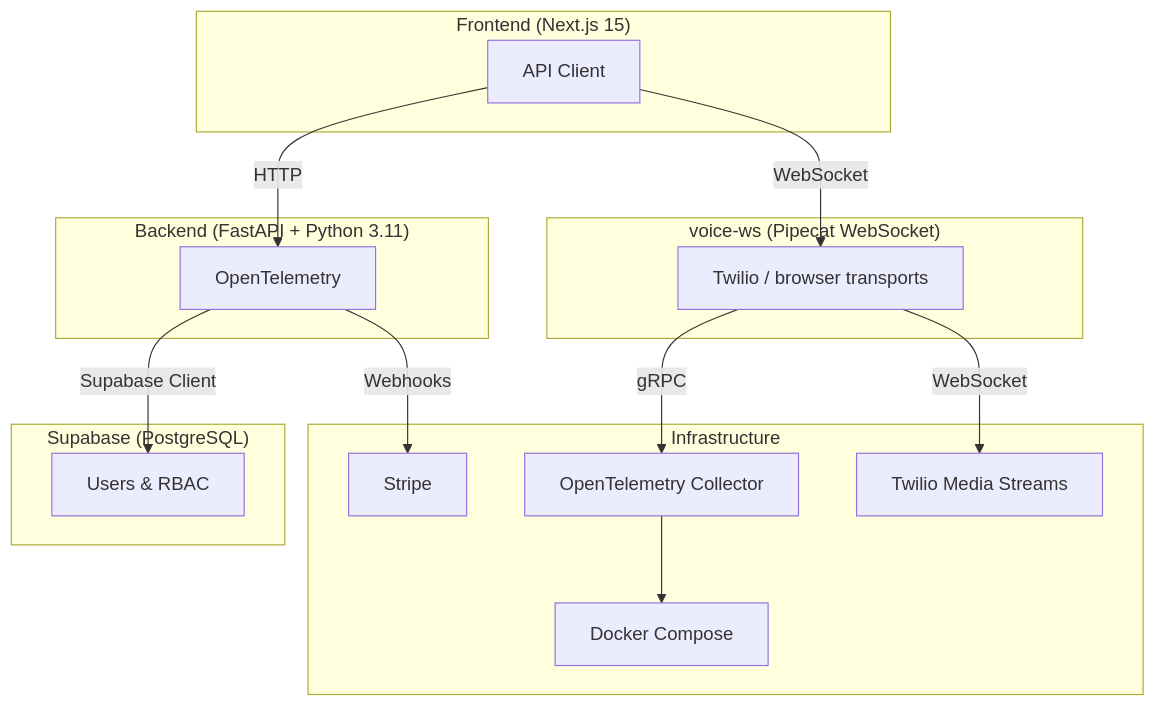
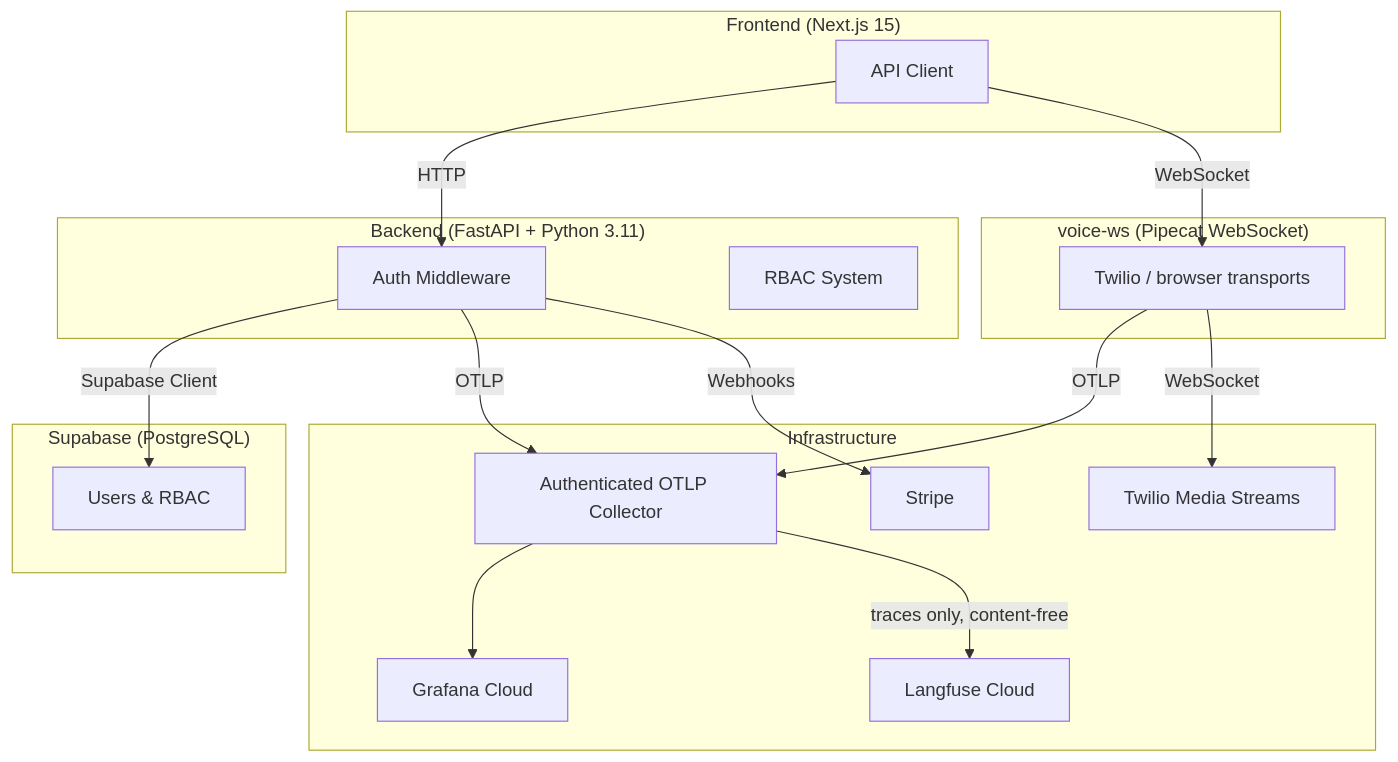
The first of 5 diagrams in docs/01_architecture/overview.md (gauravdhiman/a1-voice-agent-platform), drawn with Mermaid before and after one commit. The commit also changed other lines of this file and 96 other files, not shown here.

````diff
--- a/docs/01_architecture/overview.md
+++ b/docs/01_architecture/overview.md
@@ -7,47 +7,49 @@
 ```mermaid
 graph TB
     subgraph Frontend["Frontend (Next.js 15)"]
         FE[UI Components]
         FE[React Services]
         FE[API Client]
     end
 
     subgraph Backend["Backend (FastAPI + Python 3.11)"]
         BE[API Routes]
         BE[Tool Service]
         BE[Agent Service]
         BE[Auth Middleware]
-        BE[RBAC System]
-        BE[OpenTelemetry]
+        RBAC[RBAC System]
     end
 
     subgraph VoiceWS["voice-ws (Pipecat WebSocket)"]
         WK[Session setup]
         WK[Tool assembly]
         WK[Speech factory]
         WK[Twilio / browser transports]
     end
 
     subgraph Database["Supabase (PostgreSQL)"]
         DB[Platform Tools]
         DB[Agent Tools]
         DB[Organizations]
         DB[Voice Agents]
         DB[Users & RBAC]
     end
 
     subgraph Infra["Infrastructure"]
-        OTEL[OpenTelemetry Collector]
-        DOCKER[Docker Compose]
+        OTEL[Authenticated OTLP Collector]
+        GRAFANA[Grafana Cloud]
+        LANGFUSE[Langfuse Cloud]
         STRIPE[Stripe]
         TWILIO[Twilio Media Streams]
     end
 
     FE -->|HTTP|BE
     BE -->|Supabase Client|DB
-    WK -->|gRPC|OTEL
+    BE -->|OTLP|OTEL
+    WK -->|OTLP|OTEL
     BE -->|Webhooks|STRIPE
     WK -->|WebSocket|TWILIO
     FE -->|WebSocket|WK
-    OTEL --> DOCKER
+    OTEL --> GRAFANA
+    OTEL -->|traces only, content-free| LANGFUSE
 ```
````
